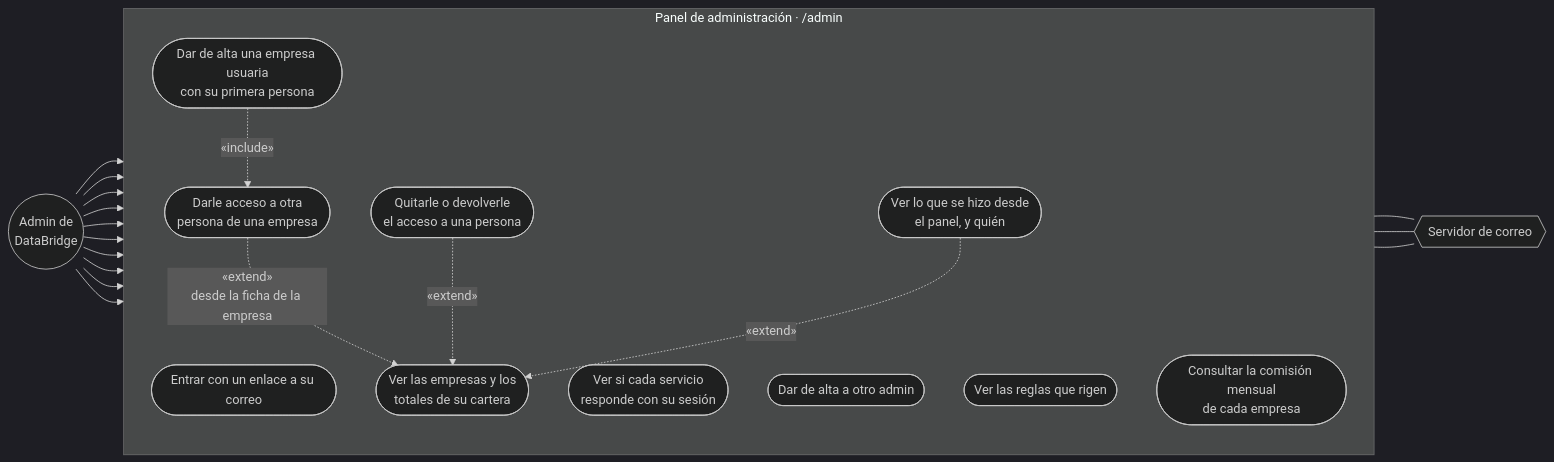
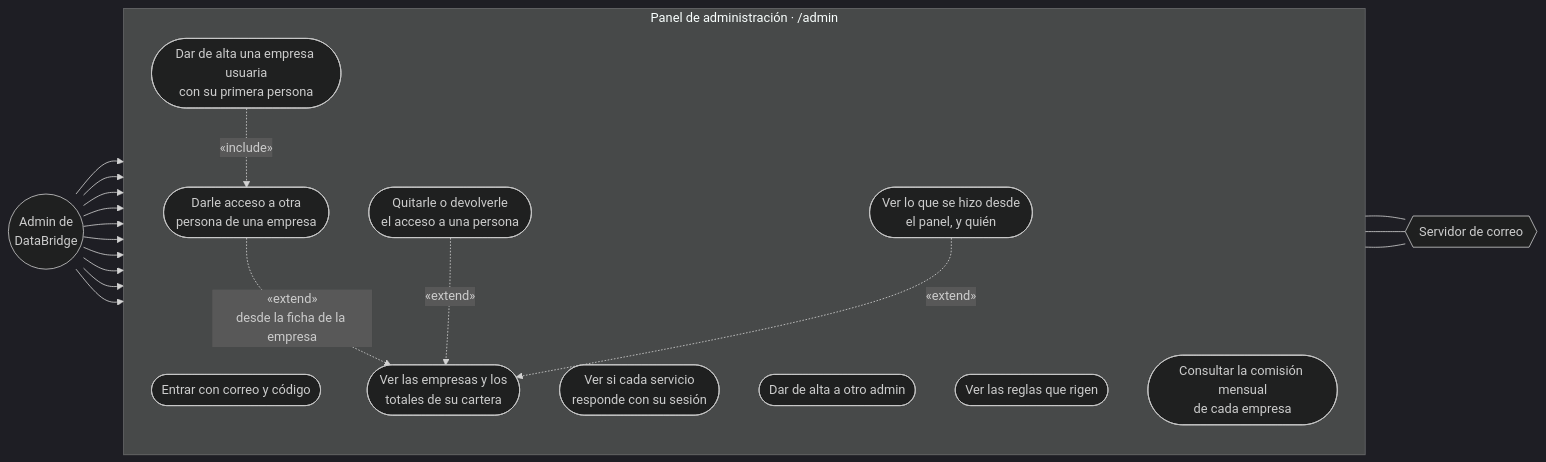
Before and after one commit to TechnicalBridge/DataBridge: the fourth of 6 diagrams in docs/diagramas/casos-de-uso.md, drawn with Mermaid (dark theme). The commit also changed other lines of this file and 29 other files, not shown here.

````diff
--- a/docs/diagramas/casos-de-uso.md
+++ b/docs/diagramas/casos-de-uso.md
@@ -194,26 +194,26 @@
 ```mermaid
 flowchart LR
     ADM(("Admin de<br/>DataBridge"))
     subgraph PAN["Panel de administración · /admin"]
         direction TB
-        A1(["Entrar con un enlace a su correo"])
+        A1(["Entrar con correo y código"])
         A2(["Ver si cada servicio<br/>responde con su sesión"])
         A3(["Ver las empresas y los<br/>totales de su cartera"])
         A4(["Dar de alta una empresa usuaria<br/>con su primera persona"])
         A5(["Darle acceso a otra<br/>persona de una empresa"])
         A6(["Quitarle o devolverle<br/>el acceso a una persona"])
         A7(["Dar de alta a otro admin"])
         A8(["Ver lo que se hizo desde<br/>el panel, y quién"])
         A9(["Ver las reglas que rigen"])
         A10(["Consultar la comisión mensual<br/>de cada empresa"])
     end
     COR{{"Servidor de correo"}}
     ADM --> A1 & A2 & A3 & A4 & A5 & A6 & A7 & A8 & A9 & A10
     A4 -. "«include»" .-> A5
     A5 -. "«extend»<br/>desde la ficha de la empresa" .-> A3
     A6 -. "«extend»" .-> A3
     A8 -. "«extend»" .-> A3
     A1 --- COR
     A5 --- COR
     A7 --- COR
 ```
````
